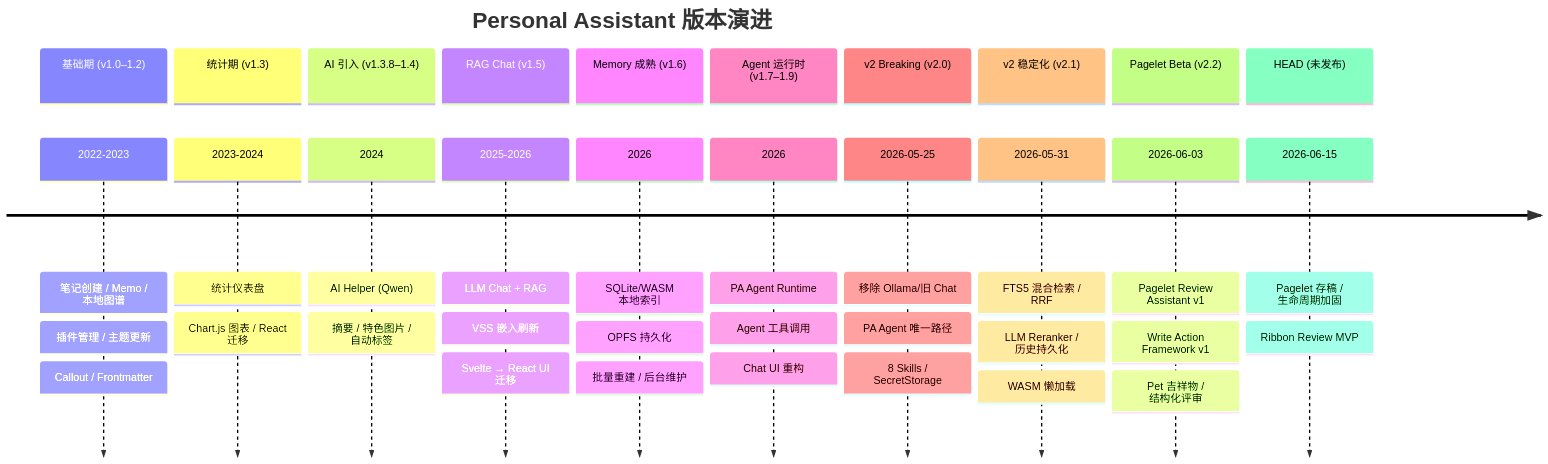
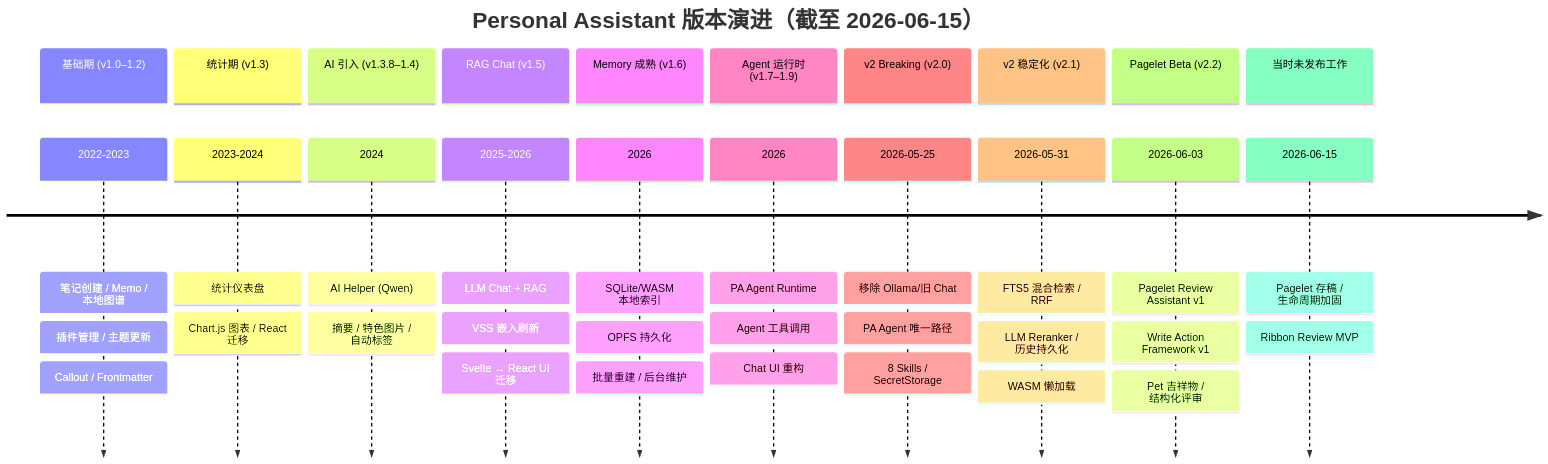
One commit to edonyzpc/personal-assistant changed the first of 14 diagrams in docs/architecture/architecture-overview.md. Above: the diagram before and after it, drawn with Mermaid. The commit also changed other lines of this file and 37 other files, not shown here.

````diff
--- a/docs/architecture/architecture-overview.md
+++ b/docs/architecture/architecture-overview.md
@@ -51,41 +54,41 @@
 ```mermaid
 timeline
-    title Personal Assistant 版本演进
+    title Personal Assistant 版本演进（截至 2026-06-15）
     section 基础期 (v1.0–1.2)
         2022-2023 : 笔记创建 / Memo / 本地图谱
                    : 插件管理 / 主题更新
                    : Callout / Frontmatter
     section 统计期 (v1.3)
         2023-2024 : 统计仪表盘
                    : Chart.js 图表 / React 迁移
     section AI 引入 (v1.3.8–1.4)
         2024      : AI Helper (Qwen)
                    : 摘要 / 特色图片 / 自动标签
     section RAG Chat (v1.5)
         2025-2026 : LLM Chat + RAG
                    : VSS 嵌入刷新
                    : Svelte → React UI 迁移
     section Memory 成熟 (v1.6)
         2026      : SQLite/WASM 本地索引
                    : OPFS 持久化
                    : 批量重建 / 后台维护
     section Agent 运行时 (v1.7–1.9)
         2026      : PA Agent Runtime
                    : Agent 工具调用
                    : Chat UI 重构
     section v2 Breaking (v2.0)
         2026-05-25 : 移除 Ollama/旧 Chat
                     : PA Agent 唯一路径
                     : 8 Skills / SecretStorage
     section v2 稳定化 (v2.1)
         2026-05-31 : FTS5 混合检索 / RRF
                     : LLM Reranker / 历史持久化
                     : WASM 懒加载
     section Pagelet Beta (v2.2)
         2026-06-03 : Pagelet Review Assistant v1
                     : Write Action Framework v1
                     : Pet 吉祥物 / 结构化评审
-    section HEAD (未发布)
+    section 当时未发布工作
         2026-06-15 : Pagelet 存稿 / 生命周期加固
                     : Ribbon Review MVP
 ```
````
